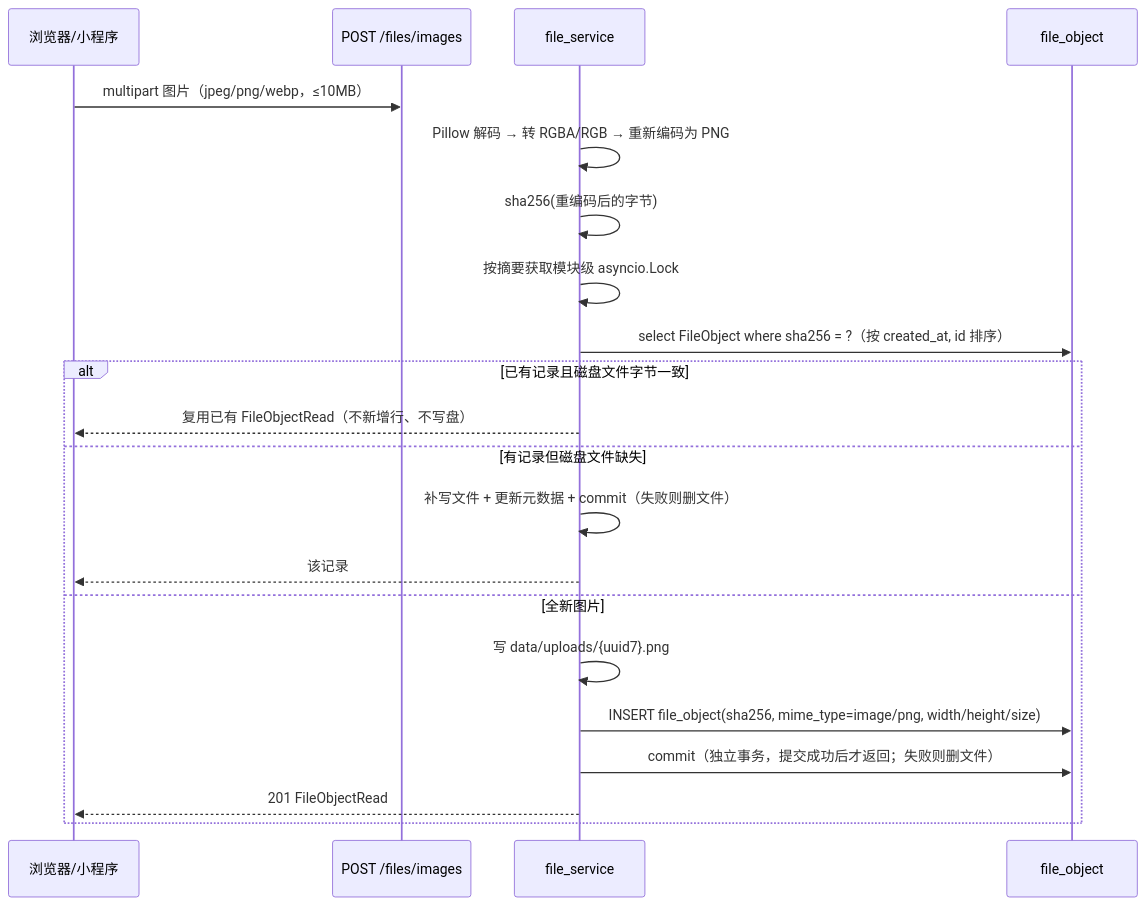
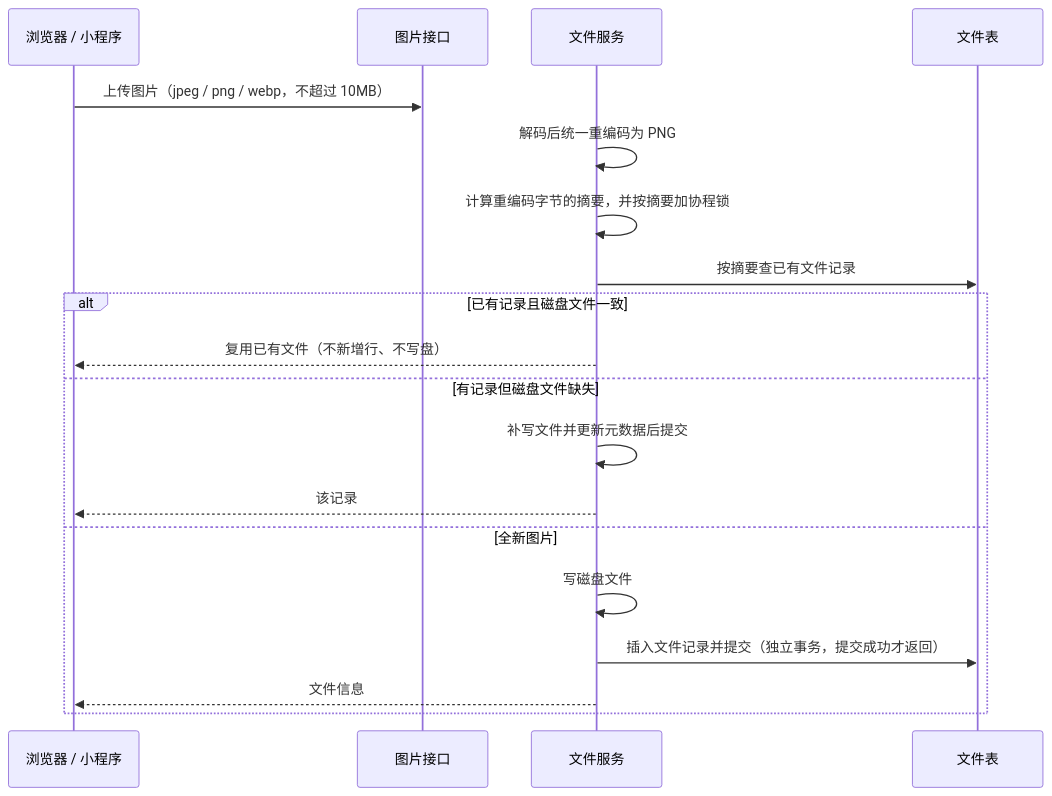
Diagram 19 of 27 in docs/websites/pages/dev-flows.md (Sakana-1314/Electrical-Manager), drawn with Mermaid before and after one commit. The commit also changed other lines of this file and 24 other files, not shown here.

Commit message:
docs: 重构文档站（部署指南 / 接口 / 系统设计 + 图表化） (#301)

````diff
--- a/docs/websites/pages/dev-flows.md
+++ b/docs/websites/pages/dev-flows.md
@@ -286,23 +297,21 @@
 ```mermaid
 sequenceDiagram
-    participant U as 浏览器/小程序
-    participant API as POST /files/images
-    participant FS as file_service
-    participant DB as file_object
-    U->>API: multipart 图片（jpeg/png/webp，≤10MB）
-    FS->>FS: Pillow 解码 → 转 RGBA/RGB → 重新编码为 PNG
-    FS->>FS: sha256(重编码后的字节)
-    FS->>FS: 按摘要获取模块级 asyncio.Lock
-    FS->>DB: select FileObject where sha256 = ?（按 created_at, id 排序）
-    alt 已有记录且磁盘文件字节一致
-        FS-->>U: 复用已有 FileObjectRead（不新增行、不写盘）
+    participant U as 浏览器 / 小程序
+    participant API as 图片接口
+    participant FS as 文件服务
+    participant DB as 文件表
+    U->>API: 上传图片（jpeg / png / webp，不超过 10MB）
+    FS->>FS: 解码后统一重编码为 PNG
+    FS->>FS: 计算重编码字节的摘要，并按摘要加协程锁
+    FS->>DB: 按摘要查已有文件记录
+    alt 已有记录且磁盘文件一致
+        FS-->>U: 复用已有文件（不新增行、不写盘）
     else 有记录但磁盘文件缺失
-        FS->>FS: 补写文件 + 更新元数据 + commit（失败则删文件）
+        FS->>FS: 补写文件并更新元数据后提交
         FS-->>U: 该记录
     else 全新图片
-        FS->>FS: 写 data/uploads/{uuid7}.png
-        FS->>DB: INSERT file_object(sha256, mime_type=image/png, width/height/size)
-        FS->>DB: commit（独立事务，提交成功后才返回；失败则删文件）
-        FS-->>U: 201 FileObjectRead
+        FS->>FS: 写磁盘文件
+        FS->>DB: 插入文件记录并提交（独立事务，提交成功才返回）
+        FS-->>U: 文件信息
     end
 ```
````
